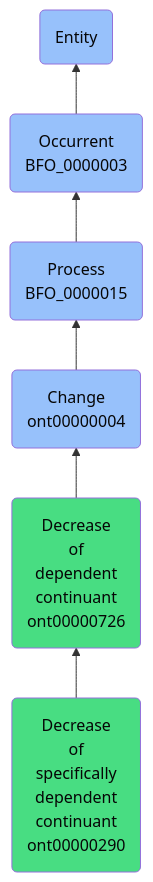
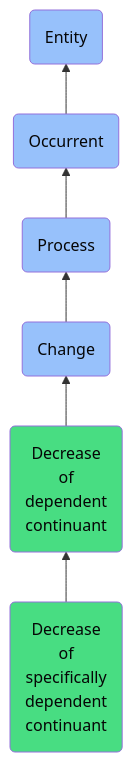
The diagram in docs/ontology/reference/model/Entity/Occurrent/Process/Change/Decrease of dependent continuant/Decrease of specifically dependent continuant/Decrease of specifically dependent continuant.md (jupyter-naas/abi), drawn with Mermaid before and after one commit. The commit also changed other lines of this file and 1430 other files, not shown here.

````diff
--- a/docs/ontology/reference/model/Entity/Occurrent/Process/Change/Decrease of dependent continuant/Decrease of specifically dependent continuant/Decrease of specifically dependent continuant.md
+++ b/docs/ontology/reference/model/Entity/Occurrent/Process/Change/Decrease of dependent continuant/Decrease of specifically dependent continuant/Decrease of specifically dependent continuant.md
@@ -24,13 +24,13 @@
 ```mermaid
 graph BT
-    ont00000290(Decrease<br>of<br>specifically<br>dependent<br>continuant<br>ont00000290):::ABI-->ont00000726
-    ont00000726(Decrease<br>of<br>dependent<br>continuant<br>ont00000726):::ABI-->ont00000004
-    ont00000004(Change<br>ont00000004):::BFO-->BFO_0000015
-    BFO_0000015(Process<br>BFO_0000015):::BFO-->BFO_0000003
-    BFO_0000003(Occurrent<br>BFO_0000003):::BFO-->BFO_0000001
+    ont00000290(Decrease<br>of<br>specifically<br>dependent<br>continuant):::ABI-->ont00000726
+    ont00000726(Decrease<br>of<br>dependent<br>continuant):::ABI-->ont00000004
+    ont00000004(Change):::BFO-->BFO_0000015
+    BFO_0000015(Process):::BFO-->BFO_0000003
+    BFO_0000003(Occurrent):::BFO-->BFO_0000001
     BFO_0000001(Entity):::BFO
     
     classDef BFO fill:#97c1fb,color:#060606
     classDef CCO fill:#e4c51e,color:#060606
     classDef ABI fill:#48DD82,color:#060606
 ```
````
